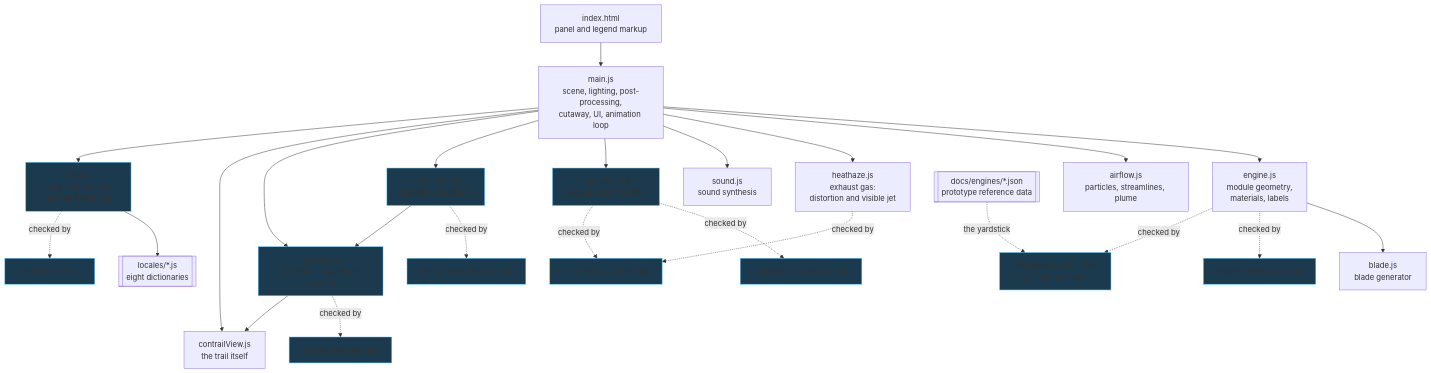
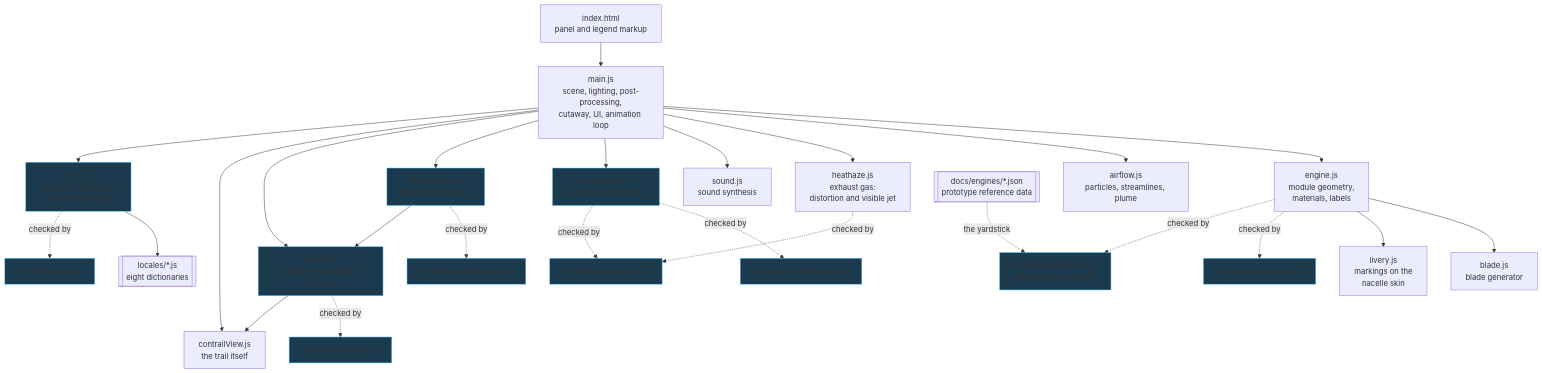
The first of 2 diagrams in docs/01-architecture.md (jubbon/jet-engine-3d), drawn with Mermaid before and after one commit. The commit also changed other lines of this file and 7 other files, not shown here.

````diff
--- a/docs/01-architecture.md
+++ b/docs/01-architecture.md
@@ -5,37 +5,38 @@
 ```mermaid
 graph TD
   I[index.html<br/>panel and legend markup] --> M
   M[main.js<br/>scene, lighting, post-processing,<br/>cutaway, UI, animation loop]
   M --> E[engine.js<br/>module geometry,<br/>materials, labels]
   M --> A[airflow.js<br/>particles, streamlines, plume]
   M --> H[heathaze.js<br/>exhaust gas:<br/>distortion and visible jet]
   M --> S[sound.js<br/>sound synthesis]
   M --> ST[engineState.js<br/>regime state machine]
   M --> AT[atmosphere.js<br/>ambient conditions]
   M --> CT[contrail.js<br/>Schmidt — Appleman criterion]
   M --> CV[contrailView.js<br/>the trail itself]
   M --> L[i18n.js<br/>lookup, interpolation,<br/>number formatting]
   L --> LOC[["locales/*.js<br/>eight dictionaries"]]
   E --> B[blade.js<br/>blade generator]
+  E --> LV[livery.js<br/>markings on the<br/>nacelle skin]
   L -.checked by.-> T7[test/i18n.test.mjs]
   ST -.checked by.-> T[test/engine-state.test.mjs]
   ST -.checked by.-> T2[test/heat-haze.test.mjs]
   E -.checked by.-> T3[test/spiral-blur.test.mjs]
   E -.checked by.-> T4["test/geometry.test.mjs<br/>test/clearance.test.mjs"]
   AT -.checked by.-> T5[test/atmosphere.test.mjs]
   CT -.checked by.-> T6[test/contrail.test.mjs]
   AT --> CT --> CV
   J[["docs/engines/*.json<br/>prototype reference data"]] -.the yardstick.-> T4
   H -.checked by.-> T2
   style ST fill:#1c3a4d,stroke:#4fc3ff
   style AT fill:#1c3a4d,stroke:#4fc3ff
   style T fill:#1c3a4d,stroke:#4fc3ff
   style T2 fill:#1c3a4d,stroke:#4fc3ff
   style T3 fill:#1c3a4d,stroke:#4fc3ff
   style T4 fill:#1c3a4d,stroke:#4fc3ff
   style T5 fill:#1c3a4d,stroke:#4fc3ff
   style CT fill:#1c3a4d,stroke:#4fc3ff
   style T6 fill:#1c3a4d,stroke:#4fc3ff
   style L fill:#1c3a4d,stroke:#4fc3ff
   style T7 fill:#1c3a4d,stroke:#4fc3ff
 ```
````
